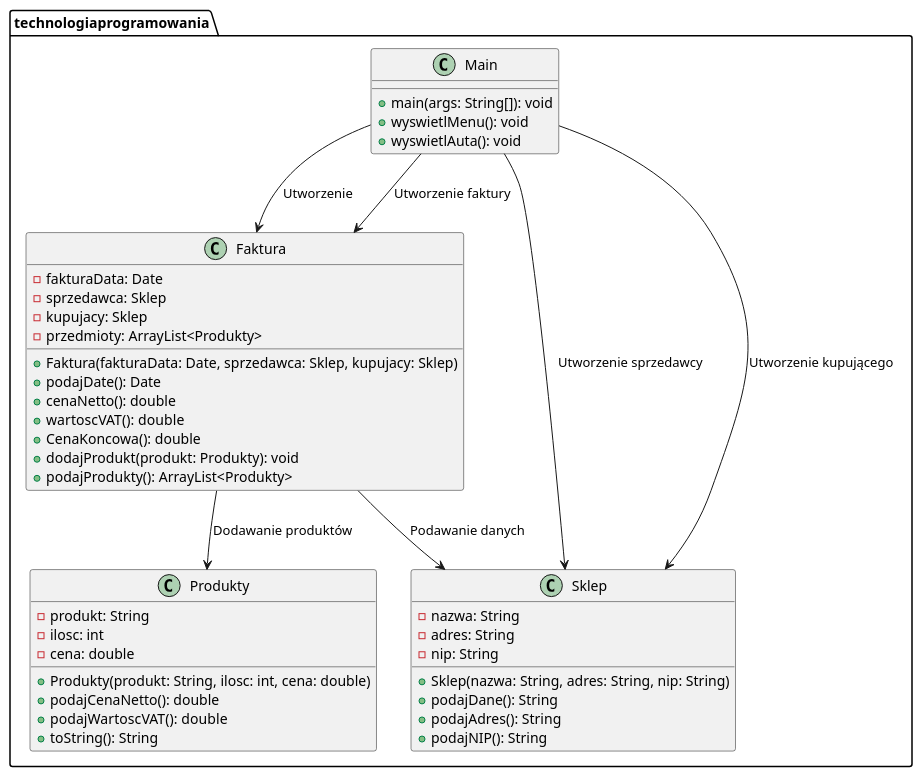
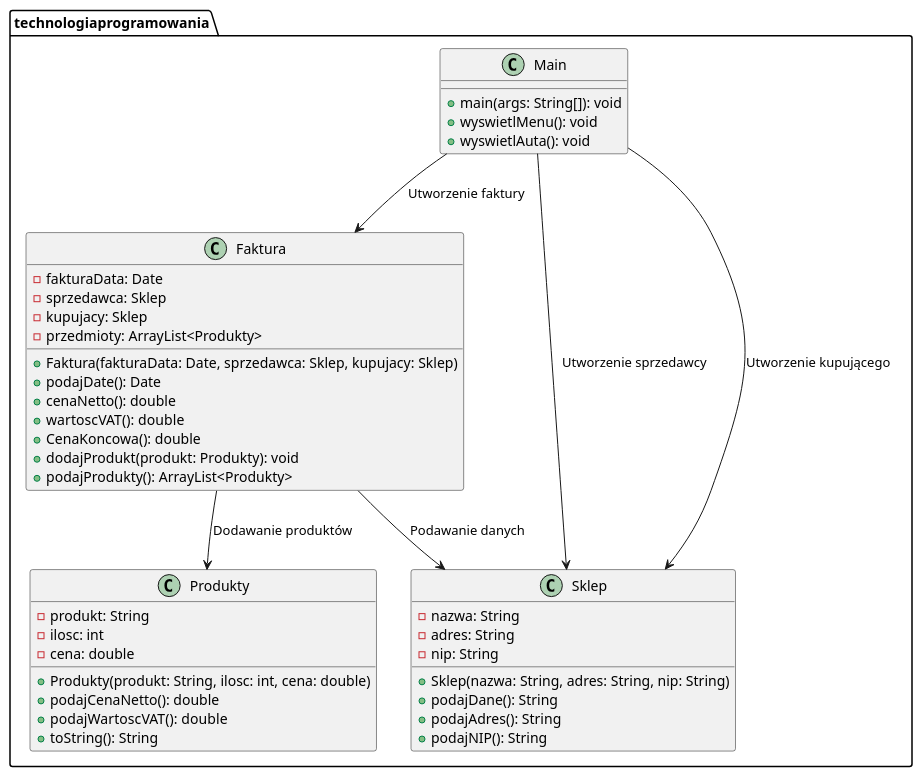
The diagram in Klasy.puml (BartoszJO/tp-lista2), drawn with PlantUML before and after one commit. The commit also changed 3 other files, not shown here.

```diff
--- a/Klasy.puml
+++ b/Klasy.puml
@@ -1,46 +1,46 @@
 @startuml
 package technologiaprogramowania {
   class Main {
     + main(args: String[]): void
     + wyswietlMenu(): void
     + wyswietlAuta(): void
   }
   class Faktura {
     - fakturaData: Date
     - sprzedawca: Sklep
     - kupujacy: Sklep
     - przedmioty: ArrayList<Produkty>
     + Faktura(fakturaData: Date, sprzedawca: Sklep, kupujacy: Sklep)
     + podajDate(): Date
     + cenaNetto(): double
     + wartoscVAT(): double
     + CenaKoncowa(): double
     + dodajProdukt(produkt: Produkty): void
     + podajProdukty(): ArrayList<Produkty>
   }
   class Sklep {
     - nazwa: String
     - adres: String
     - nip: String
     + Sklep(nazwa: String, adres: String, nip: String)
     + podajDane(): String
     + podajAdres(): String
     + podajNIP(): String
   }
   class Produkty {
     - produkt: String
     - ilosc: int
     - cena: double
     + Produkty(produkt: String, ilosc: int, cena: double)
     + podajCenaNetto(): double
     + podajWartoscVAT(): double
     + toString(): String
   }
-  Main --> Faktura: Utworzenie
+
   Main --> Sklep: Utworzenie sprzedawcy
   Main --> Sklep: Utworzenie kupującego
   Main --> Faktura: Utworzenie faktury
   Faktura --> Produkty: Dodawanie produktów
   Faktura --> Sklep: Podawanie danych
 }
 @enduml
```
